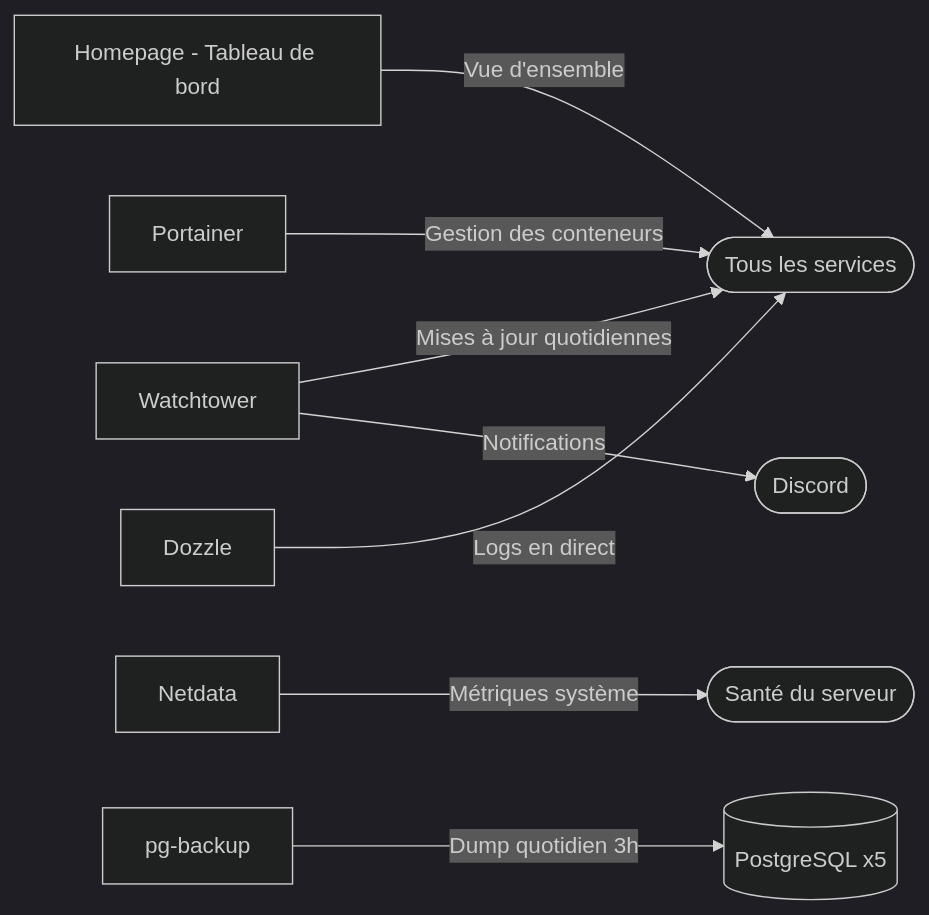
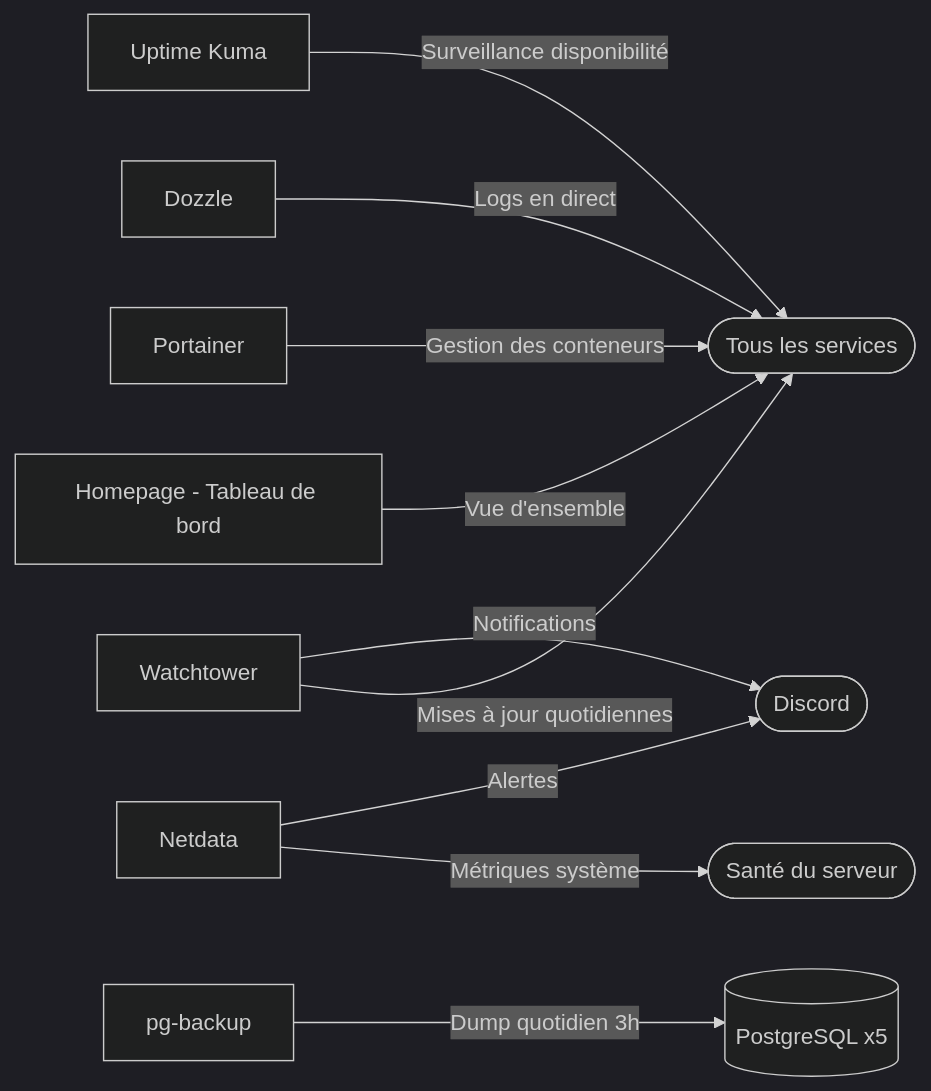
One commit to Wifsimster/docker-setup changed the fifth of 6 diagrams in README.md. Above: the diagram before and after it, drawn with Mermaid (dark theme). The commit also changed other lines of this file and 4 other files, not shown here.

First line of the commit message:
feat: add rate limiting, Uptime Kuma, and Netdata Discord alerting

````diff
--- a/README.md
+++ b/README.md
@@ -185,10 +185,12 @@
 ```mermaid
 graph LR
     Homepage[Homepage - Tableau de bord] -->|Vue d'ensemble| Services([Tous les services])
     Watchtower -->|Mises à jour quotidiennes| Services
     Watchtower -->|Notifications| Discord([Discord])
     Portainer -->|Gestion des conteneurs| Services
     Dozzle -->|Logs en direct| Services
     Netdata -->|Métriques système| Serveur([Santé du serveur])
+    Netdata -->|Alertes| Discord
+    UptimeKuma[Uptime Kuma] -->|Surveillance disponibilité| Services
     PgBackup[pg-backup] -->|Dump quotidien 3h| DB[(PostgreSQL x5)]
 ```
````
